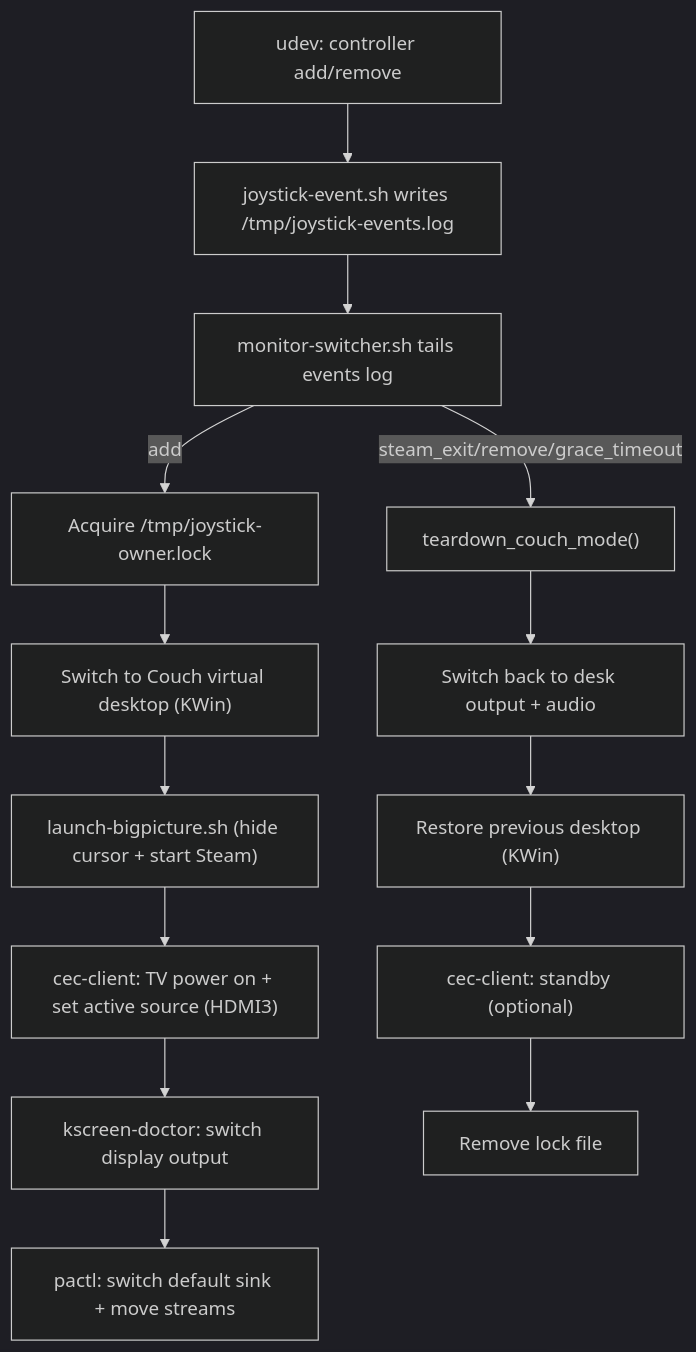
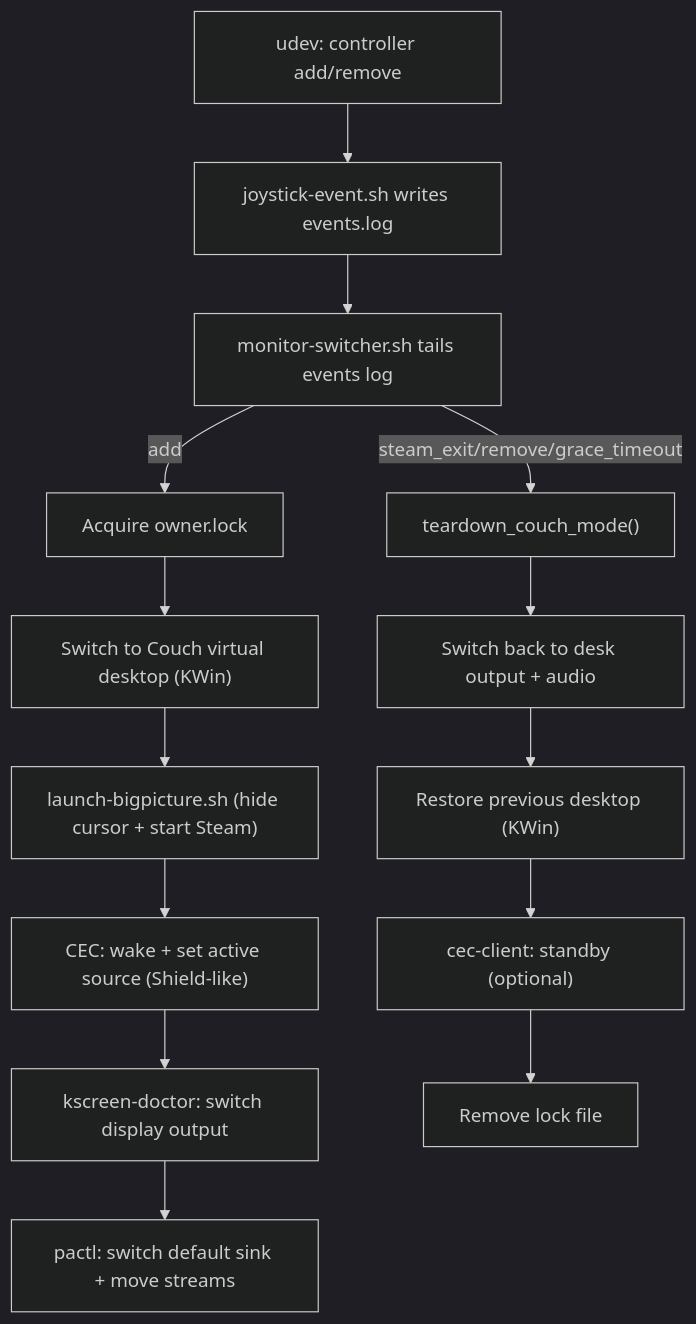
One commit to amerenda/joystick-notify changed the diagram in README.md. Above: the diagram before and after it, drawn with Mermaid (dark theme). The commit also changed other lines of this file and 8 other files, not shown here.

````diff
--- a/README.md
+++ b/README.md
@@ -13,18 +13,18 @@
 ```mermaid
 flowchart TD
-  UdevAdd["udev: controller add/remove"] --> JoyEvent["joystick-event.sh writes /tmp/joystick-events.log"]
+  UdevAdd["udev: controller add/remove"] --> JoyEvent["joystick-event.sh writes events.log"]
   JoyEvent --> Monitor["monitor-switcher.sh tails events log"]
 
-  Monitor -->|add| Lock["Acquire /tmp/joystick-owner.lock"]
+  Monitor -->|add| Lock["Acquire owner.lock"]
   Lock --> Desktop["Switch to Couch virtual desktop (KWin)"]
   Desktop --> Steam["launch-bigpicture.sh (hide cursor + start Steam)"]
-  Steam --> CEC["cec-client: TV power on + set active source (HDMI3)"]
+  Steam --> CEC["CEC: wake + set active source (Shield-like)"]
   CEC --> Outputs["kscreen-doctor: switch display output"]
   Outputs --> Audio["pactl: switch default sink + move streams"]
 
   Monitor -->|steam_exit/remove/grace_timeout| Teardown["teardown_couch_mode()"]
   Teardown --> Desk["Switch back to desk output + audio"]
   Desk --> RestoreDesktop["Restore previous desktop (KWin)"]
   RestoreDesktop --> TvOff["cec-client: standby (optional)"]
   TvOff --> Unlock["Remove lock file"]
 ```
````
